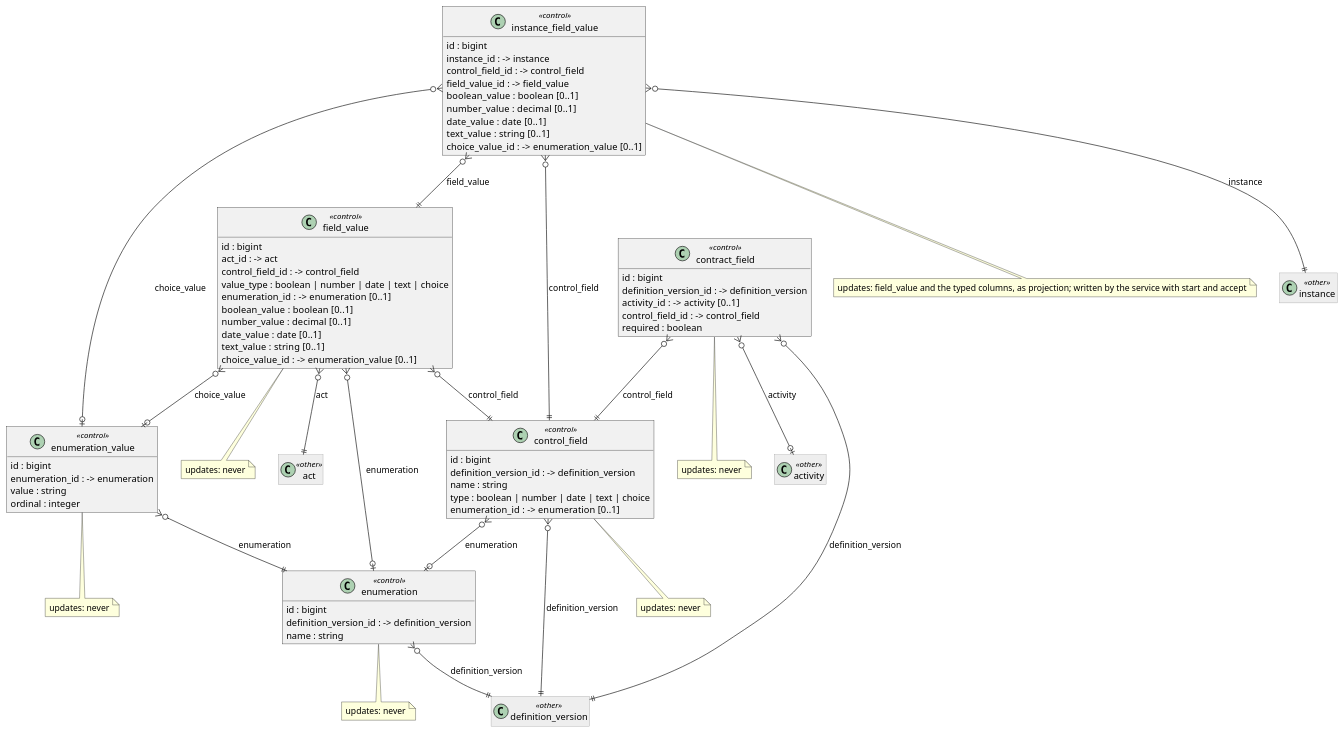
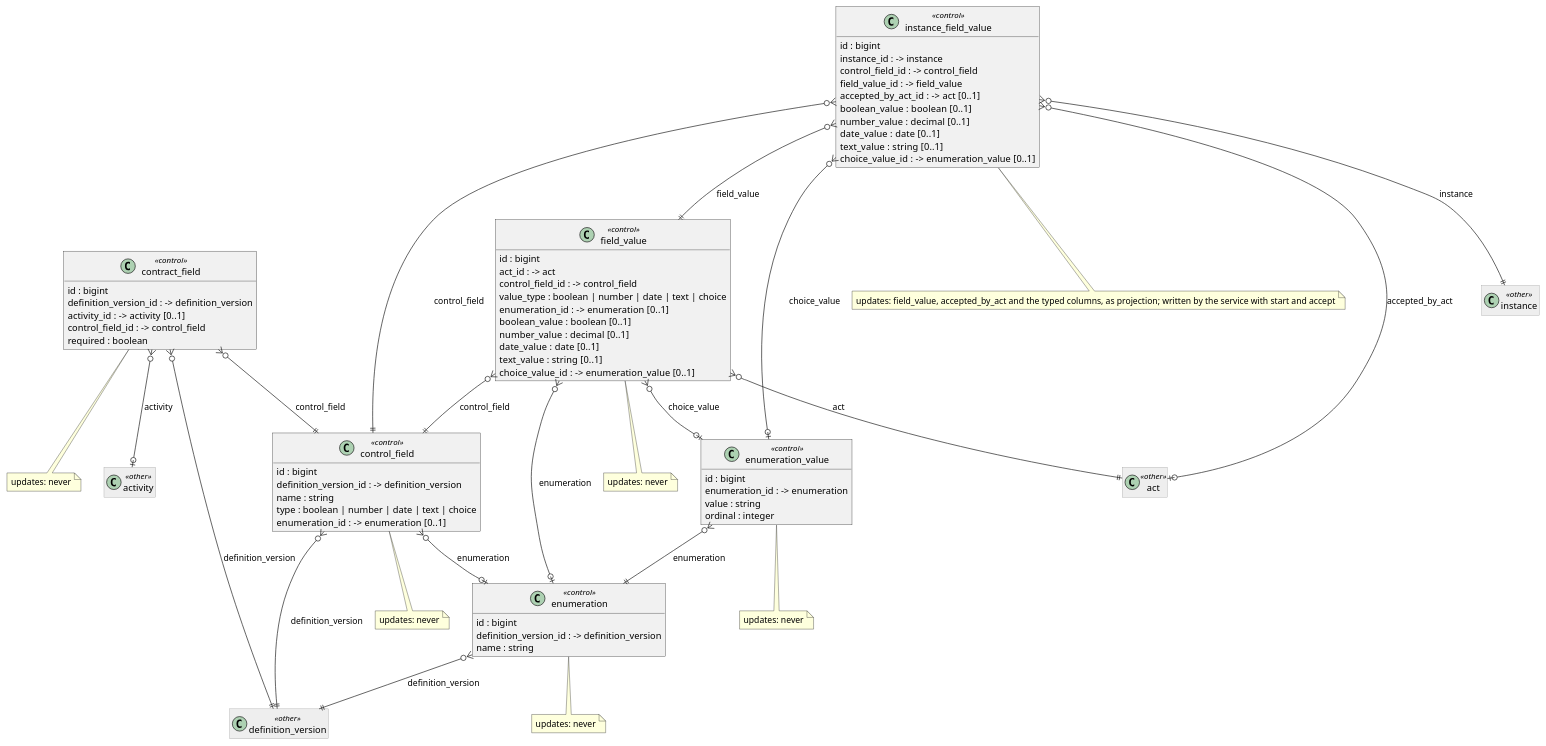
The diagram in docs/data-model/diagrams/08-control-fields.puml (Kumbuka-ai/kumbuka-dispatch), drawn with PlantUML before and after one commit. The commit also changed 19 other files, not shown here.

```diff
--- a/docs/data-model/diagrams/08-control-fields.puml
+++ b/docs/data-model/diagrams/08-control-fields.puml
@@ -1,87 +1,89 @@
 @startuml 08-control-fields
 ' 08-control-fields (docs/data-model/groups/08-control-fields.md), generated from model/control.linkml.yaml.
 ' Every table carries tenant_id and scope_id and a unique key (tenant_id, scope_id, id); every foreign
 ' key runs over tenant, scope and id (ADR-0042). Left out below. Tables of other groups are drawn grey.
 skinparam shadowing false
 skinparam roundcorner 0
 skinparam classAttributeIconSize 0
 hide methods
 hide empty members
 skinparam class<<other>> {
   BackgroundColor #EEEEEE
   BorderColor #999999
 }
 class enumeration <<control>> {
   id : bigint
   definition_version_id : -> definition_version
   name : string
 }
 note bottom of enumeration : updates: never
 class enumeration_value <<control>> {
   id : bigint
   enumeration_id : -> enumeration
   value : string
   ordinal : integer
 }
 note bottom of enumeration_value : updates: never
 class control_field <<control>> {
   id : bigint
   definition_version_id : -> definition_version
   name : string
   type : boolean | number | date | text | choice
   enumeration_id : -> enumeration  [0..1]
 }
 note bottom of control_field : updates: never
 class contract_field <<control>> {
   id : bigint
   definition_version_id : -> definition_version
   activity_id : -> activity  [0..1]
   control_field_id : -> control_field
   required : boolean
 }
 note bottom of contract_field : updates: never
 class field_value <<control>> {
   id : bigint
   act_id : -> act
   control_field_id : -> control_field
   value_type : boolean | number | date | text | choice
   enumeration_id : -> enumeration  [0..1]
   boolean_value : boolean  [0..1]
   number_value : decimal  [0..1]
   date_value : date  [0..1]
   text_value : string  [0..1]
   choice_value_id : -> enumeration_value  [0..1]
 }
 note bottom of field_value : updates: never
 class instance_field_value <<control>> {
   id : bigint
   instance_id : -> instance
   control_field_id : -> control_field
   field_value_id : -> field_value
+  accepted_by_act_id : -> act  [0..1]
   boolean_value : boolean  [0..1]
   number_value : decimal  [0..1]
   date_value : date  [0..1]
   text_value : string  [0..1]
   choice_value_id : -> enumeration_value  [0..1]
 }
-note bottom of instance_field_value : updates: field_value and the typed columns, as projection; written by the service with start and accept
+note bottom of instance_field_value : updates: field_value, accepted_by_act and the typed columns, as projection; written by the service with start and accept
 class act <<other>>
 class activity <<other>>
 class definition_version <<other>>
 class instance <<other>>
 enumeration }o--|| definition_version : definition_version
 enumeration_value }o--|| enumeration : enumeration
 control_field }o--|| definition_version : definition_version
 control_field }o--o| enumeration : enumeration
 contract_field }o--|| definition_version : definition_version
 contract_field }o--o| activity : activity
 contract_field }o--|| control_field : control_field
 field_value }o--|| act : act
 field_value }o--|| control_field : control_field
 field_value }o--o| enumeration : enumeration
 field_value }o--o| enumeration_value : choice_value
 instance_field_value }o--|| instance : instance
 instance_field_value }o--|| control_field : control_field
 instance_field_value }o--|| field_value : field_value
+instance_field_value }o--o| act : accepted_by_act
 instance_field_value }o--o| enumeration_value : choice_value
 @enduml
```
